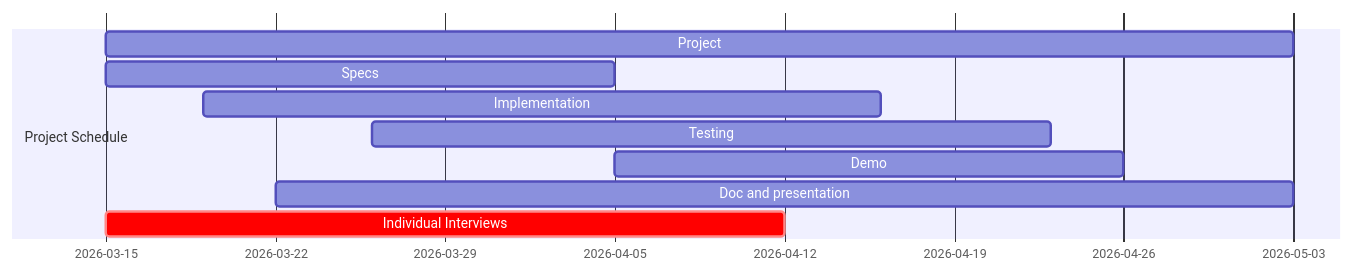
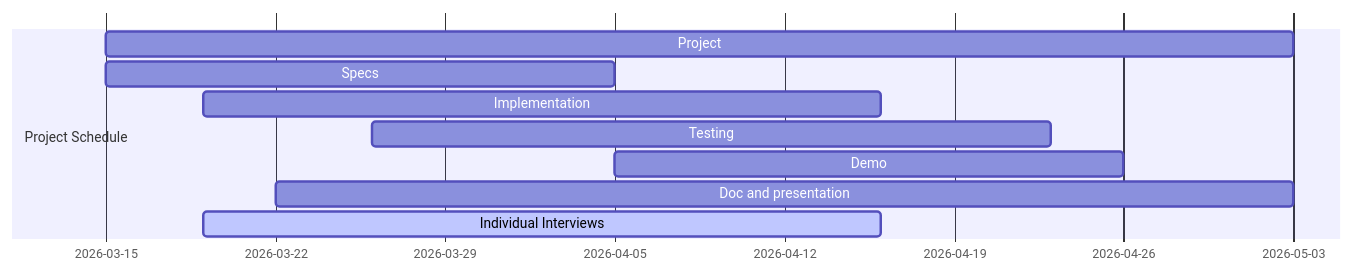
Before and after one commit to IM2AG-IntroRob2026/class-ressources: the diagram in project.md, drawn with Mermaid. The commit also changed other lines of this file, not shown here.

````diff
--- a/project.md
+++ b/project.md
@@ -42,14 +37,14 @@
 ```mermaid
 gantt
     dateFormat YYYY-MM-DD
     tickInterval 1week
     
     section Project Schedule
     Project              :2026-03-15, 7w
     Specs                :specs, 2026-03-15, 3w
     Implementation       :2026-03-19, 4w
     Testing              :2026-03-26, 4w
     Demo                 :after specs, 3w
     Doc and presentation :2026-03-22, 6w
-    Individual Interviews        :crit, 2026-03-15, 4w    
+    Individual Interviews        :active, 2026-03-19, 4w    
 ```
````
